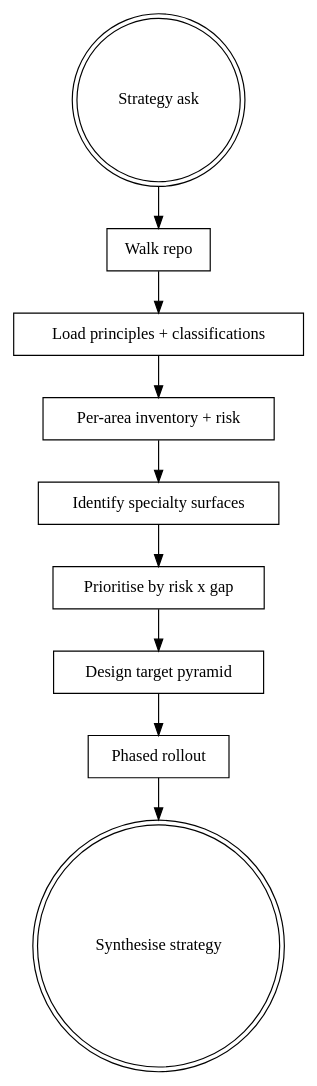
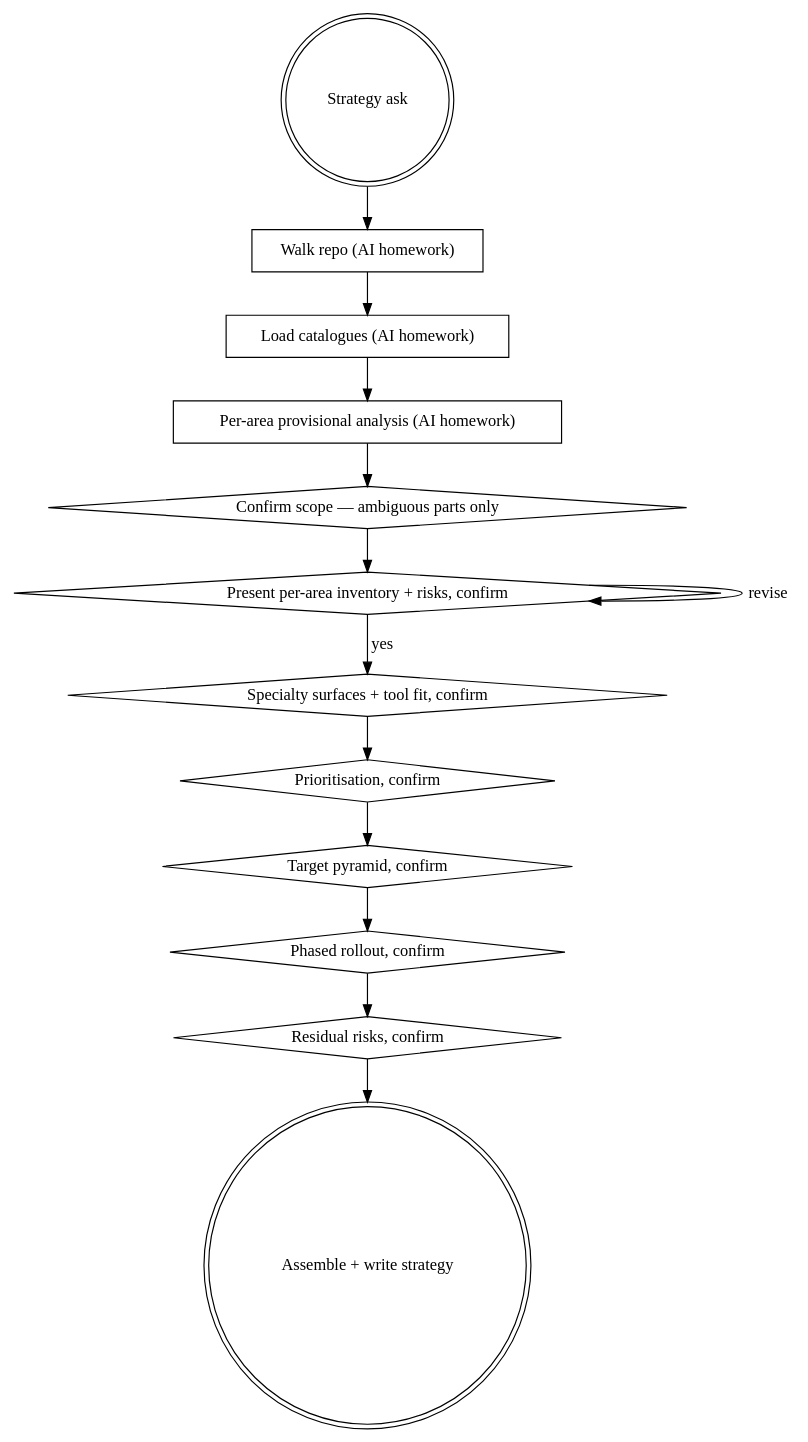
One commit to sumithr/sumo-qa changed the diagram in skills/sumo-qa-strategising/SKILL.md. Above: the diagram before and after it, drawn with Graphviz. The commit also changed other lines of this file and 15 other files, not shown here.

First line of the commit message:
refactor(skills): one-section-per-turn discipline + specialty-tools as category-fit primer

````diff
--- a/skills/sumo-qa-strategising/SKILL.md
+++ b/skills/sumo-qa-strategising/SKILL.md
@@ -40,23 +65,30 @@
 ```dot
 digraph sumo_qa_strategising {
     rankdir=TB;
     "Strategy ask" [shape=doublecircle];
-    "Walk repo" [shape=box];
-    "Load principles + classifications" [shape=box];
-    "Per-area inventory + risk" [shape=box];
-    "Identify specialty surfaces" [shape=box];
-    "Prioritise by risk x gap" [shape=box];
-    "Design target pyramid" [shape=box];
-    "Phased rollout" [shape=box];
-    "Synthesise strategy" [shape=doublecircle];
+    "Walk repo (AI homework)" [shape=box];
+    "Load catalogues (AI homework)" [shape=box];
+    "Per-area provisional analysis (AI homework)" [shape=box];
+    "Confirm scope — ambiguous parts only" [shape=diamond];
+    "Present per-area inventory + risks, confirm" [shape=diamond];
+    "Specialty surfaces + tool fit, confirm" [shape=diamond];
+    "Prioritisation, confirm" [shape=diamond];
+    "Target pyramid, confirm" [shape=diamond];
+    "Phased rollout, confirm" [shape=diamond];
+    "Residual risks, confirm" [shape=diamond];
+    "Assemble + write strategy" [shape=doublecircle];
 
-    "Strategy ask" -> "Walk repo";
-    "Walk repo" -> "Load principles + classifications";
-    "Load principles + classifications" -> "Per-area inventory + risk";
-    "Per-area inventory + risk" -> "Identify specialty surfaces";
-    "Identify specialty surfaces" -> "Prioritise by risk x gap";
-    "Prioritise by risk x gap" -> "Design target pyramid";
-    "Design target pyramid" -> "Phased rollout";
-    "Phased rollout" -> "Synthesise strategy";
+    "Strategy ask" -> "Walk repo (AI homework)";
+    "Walk repo (AI homework)" -> "Load catalogues (AI homework)";
+    "Load catalogues (AI homework)" -> "Per-area provisional analysis (AI homework)";
+    "Per-area provisional analysis (AI homework)" -> "Confirm scope — ambiguous parts only";
+    "Confirm scope — ambiguous parts only" -> "Present per-area inventory + risks, confirm";
+    "Present per-area inventory + risks, confirm" -> "Present per-area inventory + risks, confirm" [label="revise"];
+    "Present per-area inventory + risks, confirm" -> "Specialty surfaces + tool fit, confirm" [label="yes"];
+    "Specialty surfaces + tool fit, confirm" -> "Prioritisation, confirm";
+    "Prioritisation, confirm" -> "Target pyramid, confirm";
+    "Target pyramid, confirm" -> "Phased rollout, confirm";
+    "Phased rollout, confirm" -> "Residual risks, confirm";
+    "Residual risks, confirm" -> "Assemble + write strategy";
 }
 ```
````
